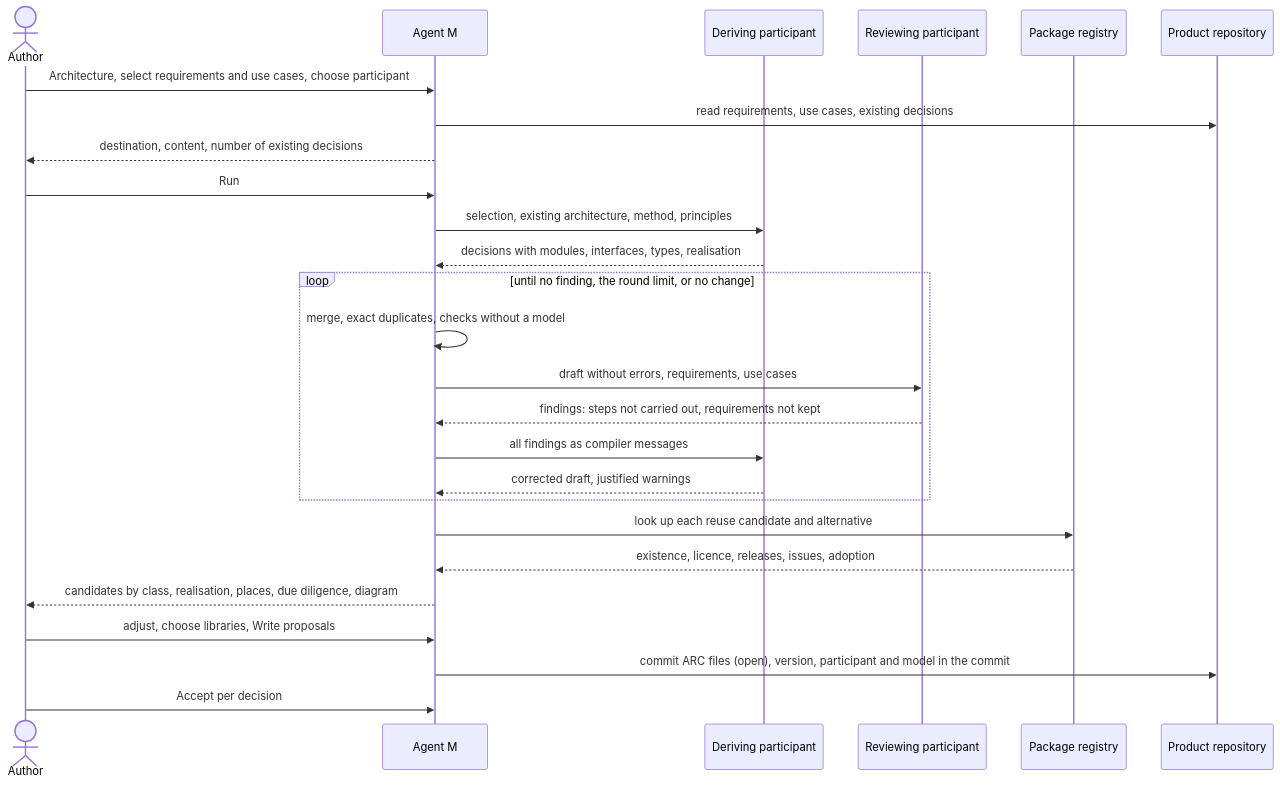
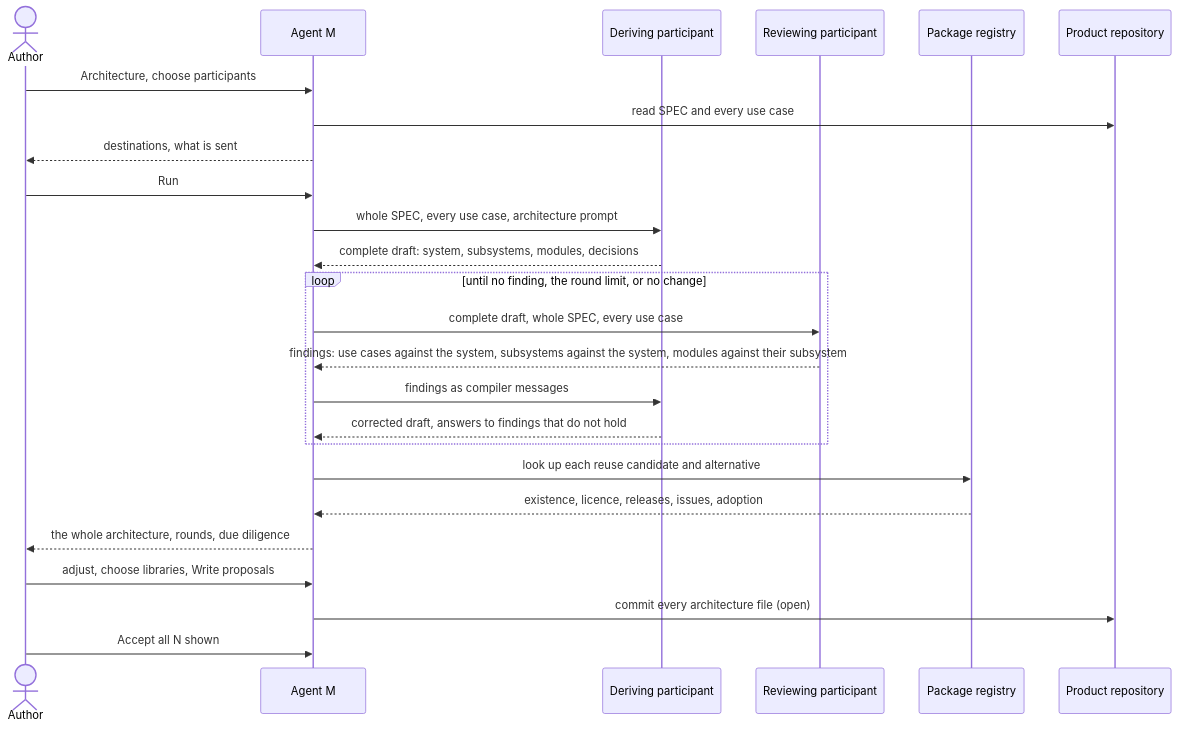
Before and after one commit to akmaier/agent-m: the diagram in docs/use-cases/UC-022-derive-the-architecture.md, drawn with Mermaid. The commit also changed other lines of this file and 124 other files, not shown here.

````diff
--- a/docs/use-cases/UC-022-derive-the-architecture.md
+++ b/docs/use-cases/UC-022-derive-the-architecture.md
@@ -177,28 +199,27 @@
 ```mermaid
 sequenceDiagram
     actor A as Author
     participant M as Agent M
     participant P as Deriving participant
     participant V as Reviewing participant
     participant R as Package registry
     participant G as Product repository
-    A->>M: Architecture, select requirements and use cases, choose participant
-    M->>G: read requirements, use cases, existing decisions
-    M-->>A: destination, content, number of existing decisions
+    A->>M: Architecture, choose participants
+    M->>G: read SPEC and every use case
+    M-->>A: destinations, what is sent
     A->>M: Run
-    M->>P: selection, existing architecture, method, principles
-    P-->>M: decisions with modules, interfaces, types, realisation
+    M->>P: whole SPEC, every use case, architecture prompt
+    P-->>M: complete draft: system, subsystems, modules, decisions
     loop until no finding, the round limit, or no change
-        M->>M: merge, exact duplicates, checks without a model
-        M->>V: draft without errors, requirements, use cases
-        V-->>M: findings: steps not carried out, requirements not kept
-        M->>P: all findings as compiler messages
-        P-->>M: corrected draft, justified warnings
+        M->>V: complete draft, whole SPEC, every use case
+        V-->>M: findings: use cases against the system, subsystems against the system, modules against their subsystem
+        M->>P: findings as compiler messages
+        P-->>M: corrected draft, answers to findings that do not hold
     end
     M->>R: look up each reuse candidate and alternative
     R-->>M: existence, licence, releases, issues, adoption
-    M-->>A: candidates by class, realisation, places, due diligence, diagram
+    M-->>A: the whole architecture, rounds, due diligence
     A->>M: adjust, choose libraries, Write proposals
-    M->>G: commit ARC files (open), version, participant and model in the commit
-    A->>M: Accept per decision
+    M->>G: commit every architecture file (open)
+    A->>M: Accept all N shown
 ```
````
